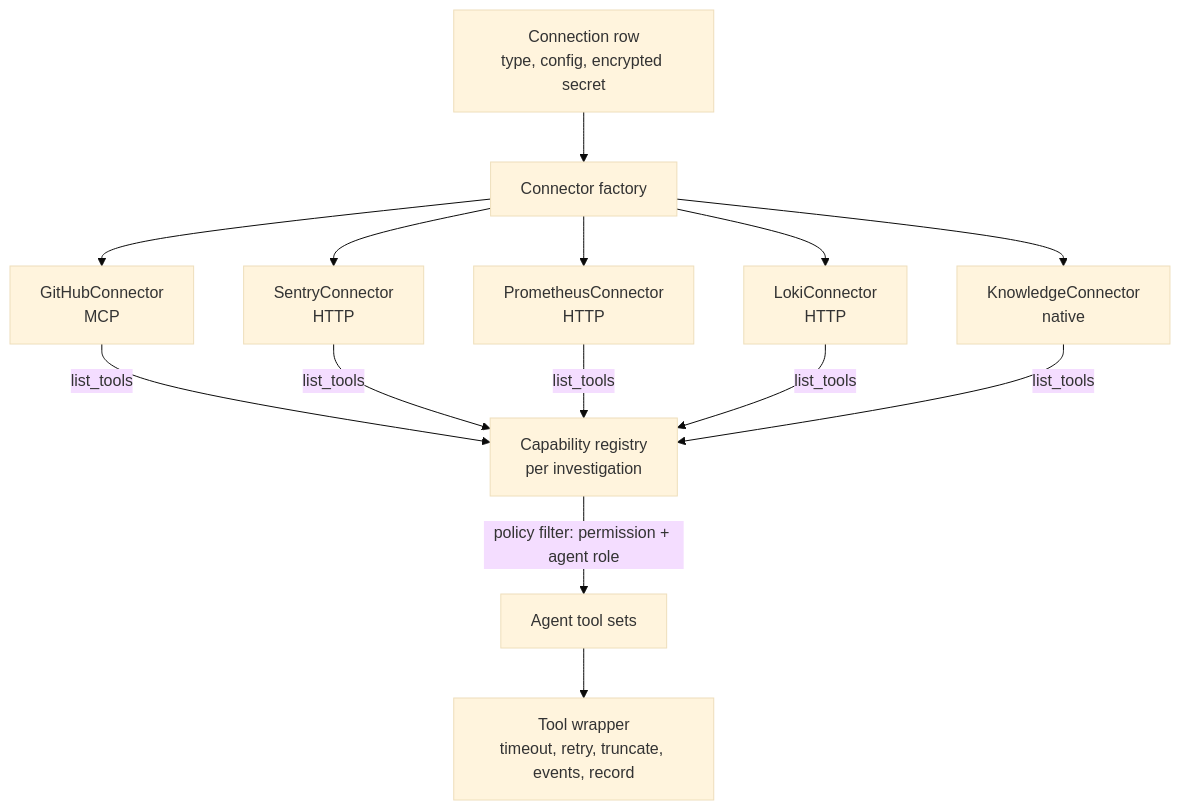
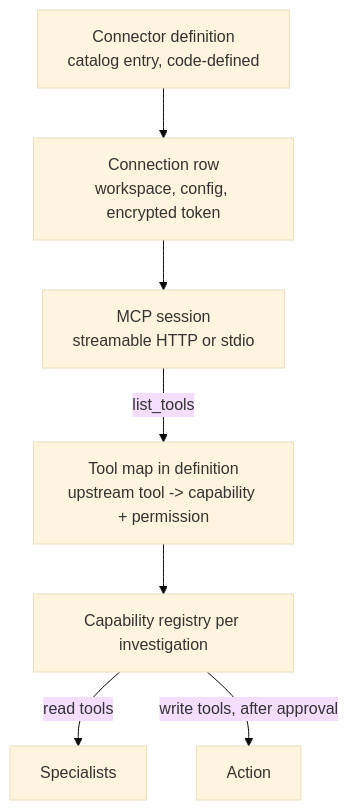
The sixth of 7 diagrams in docs/TRD.md (sanjaypc-github/Forgeops), drawn with Mermaid (base theme) before and after one commit. The commit also changed other lines of this file and 2 other files, not shown here.

Commit message:
Revise PRD and TRD to v2: area-based agents, MCP connector catalog, agent questions, chat bar

````diff
--- a/docs/TRD.md
+++ b/docs/TRD.md
@@ -306,12 +283,9 @@
 ```mermaid
 flowchart TB
-    CONN[Connection row<br/>type, config, encrypted secret] --> FACT[Connector factory]
-    FACT --> C1[GitHubConnector<br/>MCP]
-    FACT --> C2[SentryConnector<br/>HTTP]
-    FACT --> C3[PrometheusConnector<br/>HTTP]
-    FACT --> C4[LokiConnector<br/>HTTP]
-    FACT --> C5[KnowledgeConnector<br/>native]
-    C1 & C2 & C3 & C4 & C5 -->|list_tools| REG[Capability registry<br/>per investigation]
-    REG -->|policy filter: permission + agent role| AG[Agent tool sets]
-    AG --> WRAP[Tool wrapper<br/>timeout, retry, truncate, events, record]
+    DEF[Connector definition<br/>catalog entry, code-defined] --> CONN[Connection row<br/>workspace, config, encrypted token]
+    CONN --> CLIENT[MCP session<br/>streamable HTTP or stdio]
+    CLIENT -->|list_tools| MAP[Tool map in definition<br/>upstream tool -> capability + permission]
+    MAP --> REG[Capability registry per investigation]
+    REG -->|read tools| SPEC[Specialists]
+    REG -->|write tools, after approval| ACT[Action]
 ```
````
